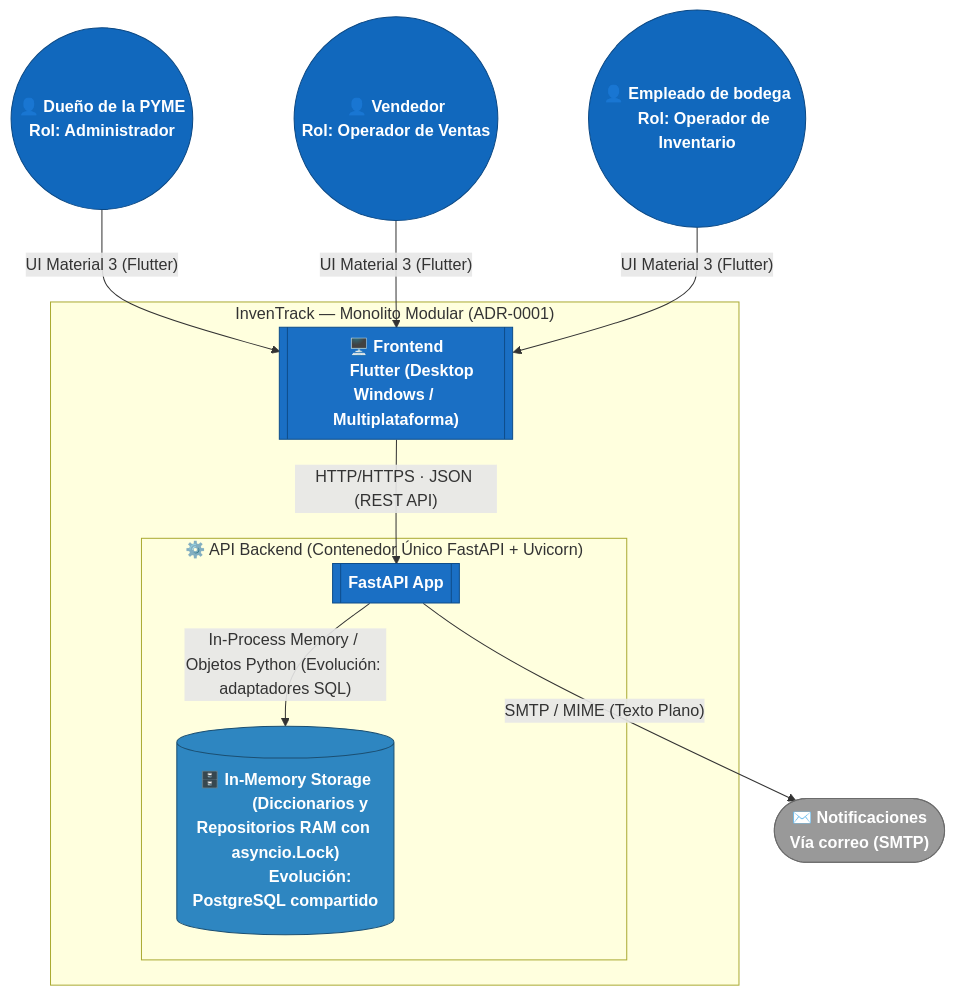
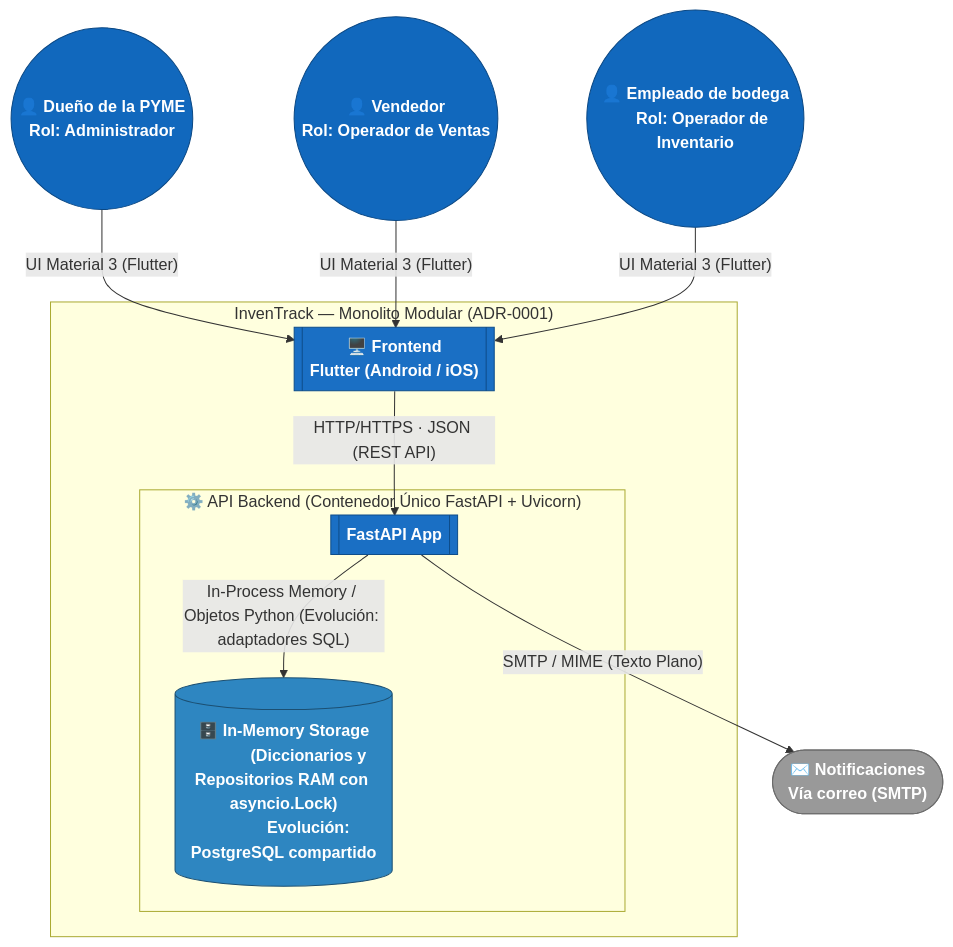
One commit to ISCOUTB/AS_202620_InvenTrack changed the first of 2 diagrams in docs/c4/containers.md. Above: the diagram before and after it, drawn with Mermaid. The commit also changed other lines of this file and 64 other files, not shown here.

````diff
--- a/docs/c4/containers.md
+++ b/docs/c4/containers.md
@@ -9,41 +9,41 @@
 ```mermaid
 flowchart TB
     Dueno(("👤 Dueño de la PYME
     Rol: Administrador"))
     Vendedor(("👤 Vendedor
     Rol: Operador de Ventas"))
     Empleado(("👤 Empleado de bodega
     Rol: Operador de Inventario"))
 
     subgraph InvenTrack["InvenTrack — Monolito Modular (ADR-0001)"]
         Web[["🖥️ Frontend
-        Flutter (Desktop Windows / Multiplataforma)"]]
+        Flutter (Android / iOS)"]]
         
         subgraph ApiContainer ["⚙️ API Backend (Contenedor Único FastAPI + Uvicorn)"]
             Api[["FastAPI App"]]
             Db[("🗄️ In-Memory Storage
             (Diccionarios y Repositorios RAM con asyncio.Lock)
             Evolución: PostgreSQL compartido")]
         end
     end
 
     Notif(["✉️ Notificaciones
     Vía correo (SMTP)"])
 
     Dueno -- "UI Material 3 (Flutter)" --> Web
     Vendedor -- "UI Material 3 (Flutter)" --> Web
     Empleado -- "UI Material 3 (Flutter)" --> Web
     Web -- "HTTP/HTTPS · JSON (REST API)" --> Api
     Api -- "In-Process Memory / Objetos Python (Evolución: adaptadores SQL)" --> Db
     Api -- "SMTP / MIME (Texto Plano)" --> Notif
 
     classDef person fill:#1168bd,stroke:#0b4884,color:#ffffff,font-weight:bold
     classDef container fill:#1a6fc4,stroke:#0e4d8a,color:#ffffff,font-weight:bold
     classDef db fill:#2e86c1,stroke:#1b4f72,color:#ffffff,font-weight:bold
     classDef external fill:#999999,stroke:#6b6b6b,color:#ffffff,font-weight:bold
 
     class Dueno,Vendedor,Empleado person
     class Web,Api container
     class Db db
     class Notif external
 ```
````
